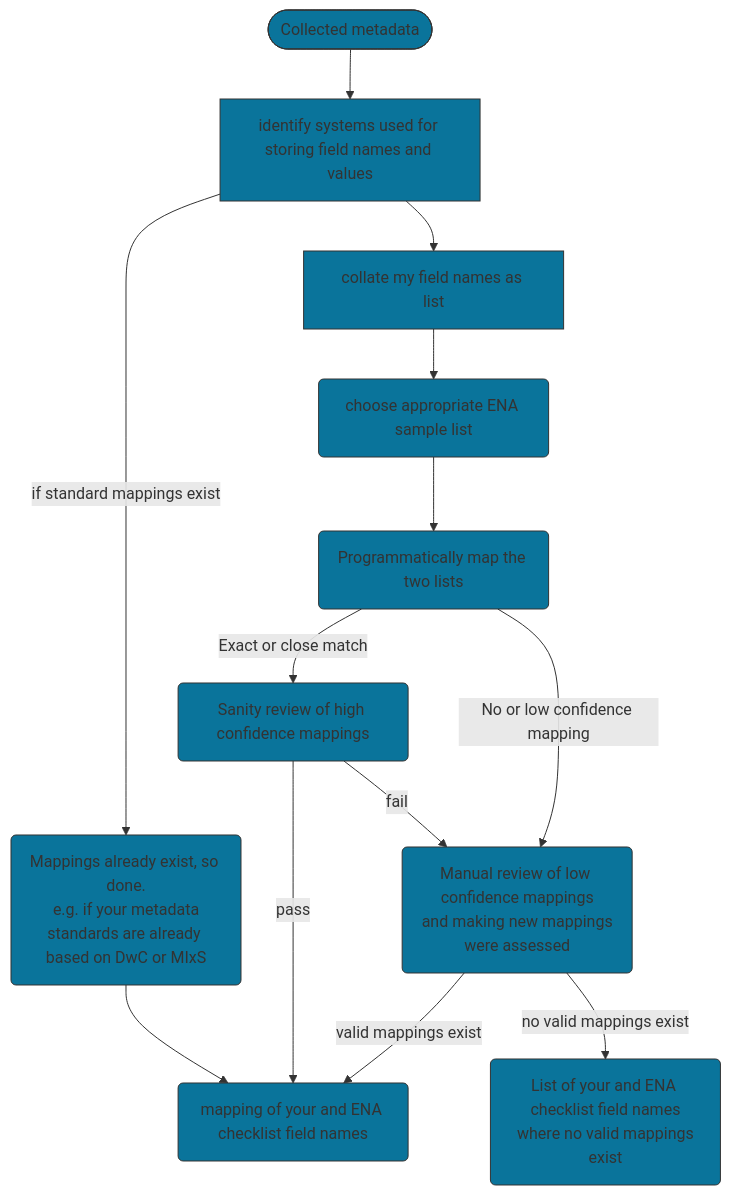
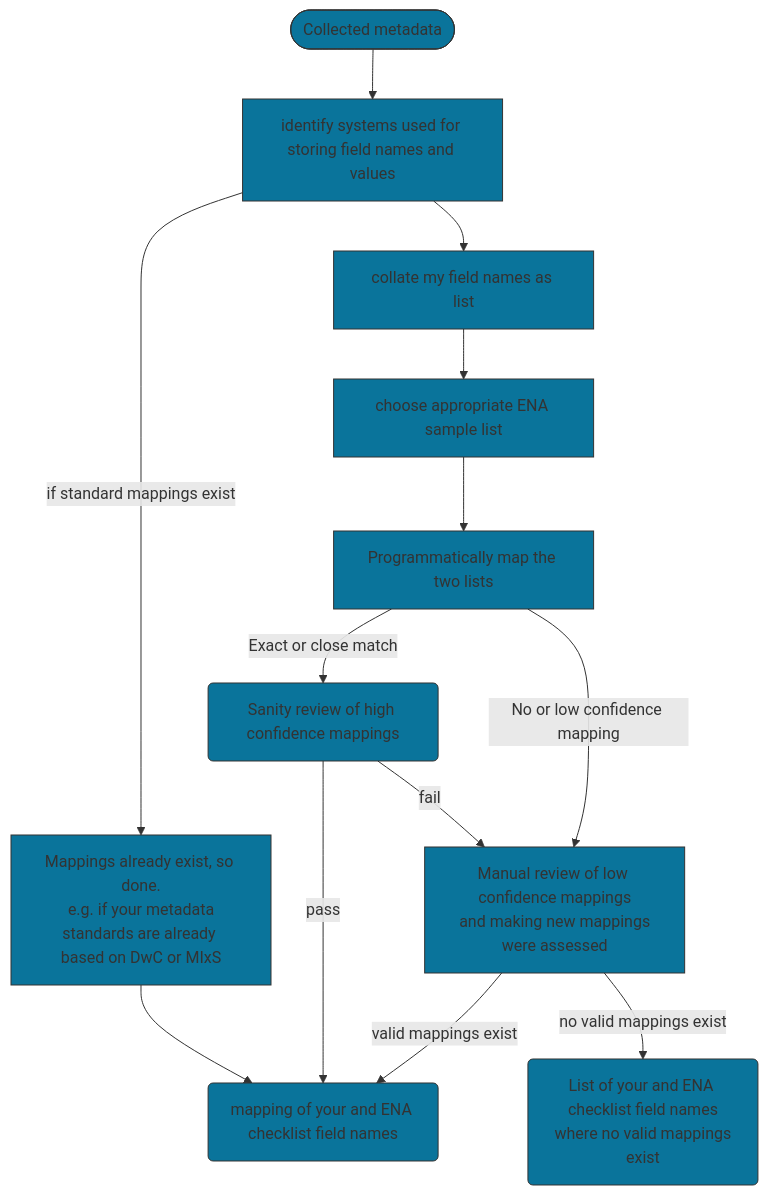
The first of 6 diagrams in docs/FAIRPLUS_recipes/mapping_sample_metadata2ena_checklist_recipe.md (Woolly-at-EBI/ChecklistReviews), drawn with Mermaid before and after one commit. The commit also changed other lines of this file, not shown here.

````diff
--- a/docs/FAIRPLUS_recipes/mapping_sample_metadata2ena_checklist_recipe.md
+++ b/docs/FAIRPLUS_recipes/mapping_sample_metadata2ena_checklist_recipe.md
@@ -80,19 +41,19 @@
 ```mermaid
   graph TD; 
       A([Collected metadata])-->mystds["identify systems used for storing field names and values"]
-      mystds--"if standard mappings exist"-->mappingsAlreadyExist("Mappings already exist, so done.\n e.g. if your metadata standards are already based on DwC or MIxS")
+      mystds-- "if standard mappings exist" -->mappingsAlreadyExist["Mappings already exist, so done.\n e.g. if your metadata standards are already based on DwC or MIxS"]
       mystds-->myCollation["collate my field names as list"]
-      myCollation-->ENAChecklist("choose appropriate ENA sample list")
-      ENAChecklist-->stringMap("Programmatically map the two lists")
-      stringMap--"Exact or close match"-->sanityReview("Sanity review of high confidence mappings")
+      myCollation-->ENAChecklist["choose appropriate ENA sample list"]
+      ENAChecklist-->stringMap["Programmatically map the two lists"]
+      stringMap-- "Exact or close match" -->sanityReview("Sanity review of high confidence mappings")
       
-      stringMap--"No or low confidence mapping"-->manualAnalysis("Manual review of low confidence mappings\n and making new mappings were assessed")
-      sanityReview--"pass"-->mapping("mapping of your and ENA checklist field names")
-      sanityReview--"fail"-->manualAnalysis
-      manualAnalysis--"valid mappings exist"-->mapping
+      stringMap-- "No or low confidence mapping" -->manualAnalysis["Manual review of low confidence mappings\n and making new mappings were assessed"]
+      sanityReview-- "pass" -->mapping("mapping of your and ENA checklist field names")
+      sanityReview-- "fail" -->manualAnalysis
+      manualAnalysis-- "valid mappings exist" -->mapping
       mappingsAlreadyExist-->mapping
-      manualAnalysis--"no valid mappings exist"-->no("List of your and ENA checklist field names\n where no valid mappings exist")
+      manualAnalysis-- "no valid mappings exist" -->no("List of your and ENA checklist field names\n where no valid mappings exist")
       
       
       classDef default fill:#0A749B,stroke:#333,stroke-width:4px;  #blue
 ```
````
